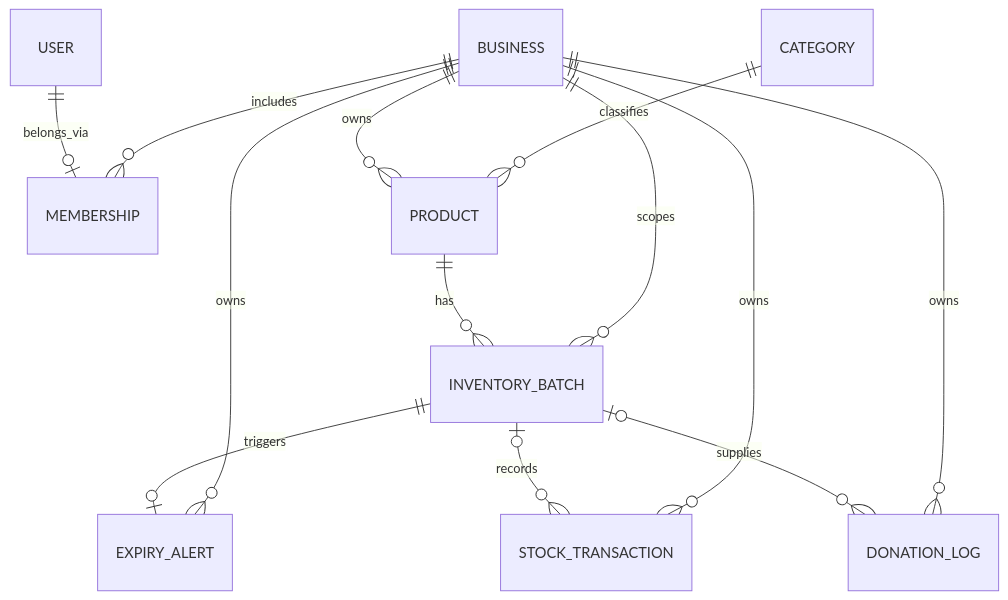
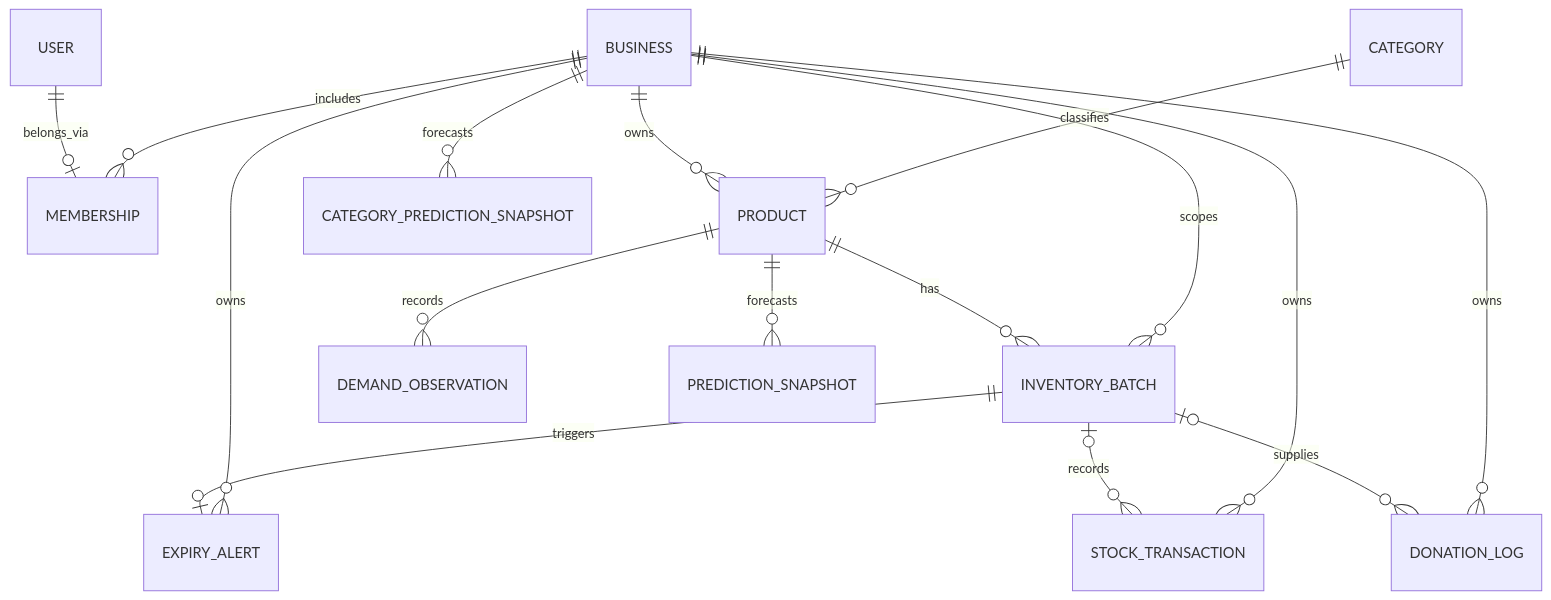
Before and after one commit to pilla-tharun-kumar/Food-wastage-management: the second of 2 diagrams in docs/ARCHITECTURE.md, drawn with Mermaid. The commit also changed other lines of this file and 52 other files, not shown here.

````diff
--- a/docs/ARCHITECTURE.md
+++ b/docs/ARCHITECTURE.md
@@ -23,15 +29,18 @@
 ```mermaid
 erDiagram
     USER ||--o| MEMBERSHIP : belongs_via
     BUSINESS ||--o{ MEMBERSHIP : includes
     BUSINESS ||--o{ PRODUCT : owns
     CATEGORY ||--o{ PRODUCT : classifies
     PRODUCT ||--o{ INVENTORY_BATCH : has
     BUSINESS ||--o{ INVENTORY_BATCH : scopes
     INVENTORY_BATCH ||--o| EXPIRY_ALERT : triggers
     INVENTORY_BATCH o|--o{ STOCK_TRANSACTION : records
     INVENTORY_BATCH o|--o{ DONATION_LOG : supplies
     BUSINESS ||--o{ STOCK_TRANSACTION : owns
     BUSINESS ||--o{ DONATION_LOG : owns
     BUSINESS ||--o{ EXPIRY_ALERT : owns
+    PRODUCT ||--o{ DEMAND_OBSERVATION : records
+    PRODUCT ||--o{ PREDICTION_SNAPSHOT : forecasts
+    BUSINESS ||--o{ CATEGORY_PREDICTION_SNAPSHOT : forecasts
 ```
````
